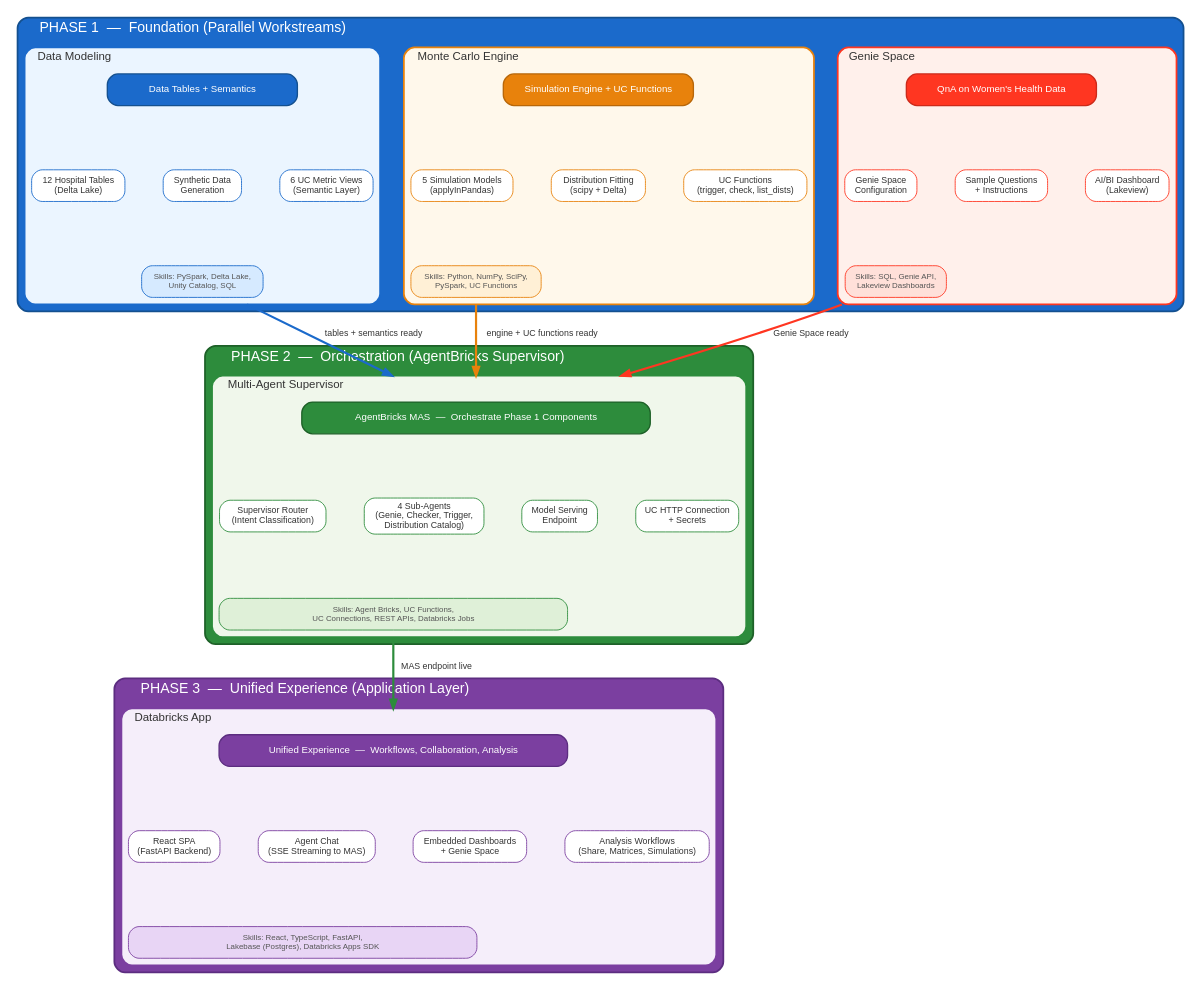
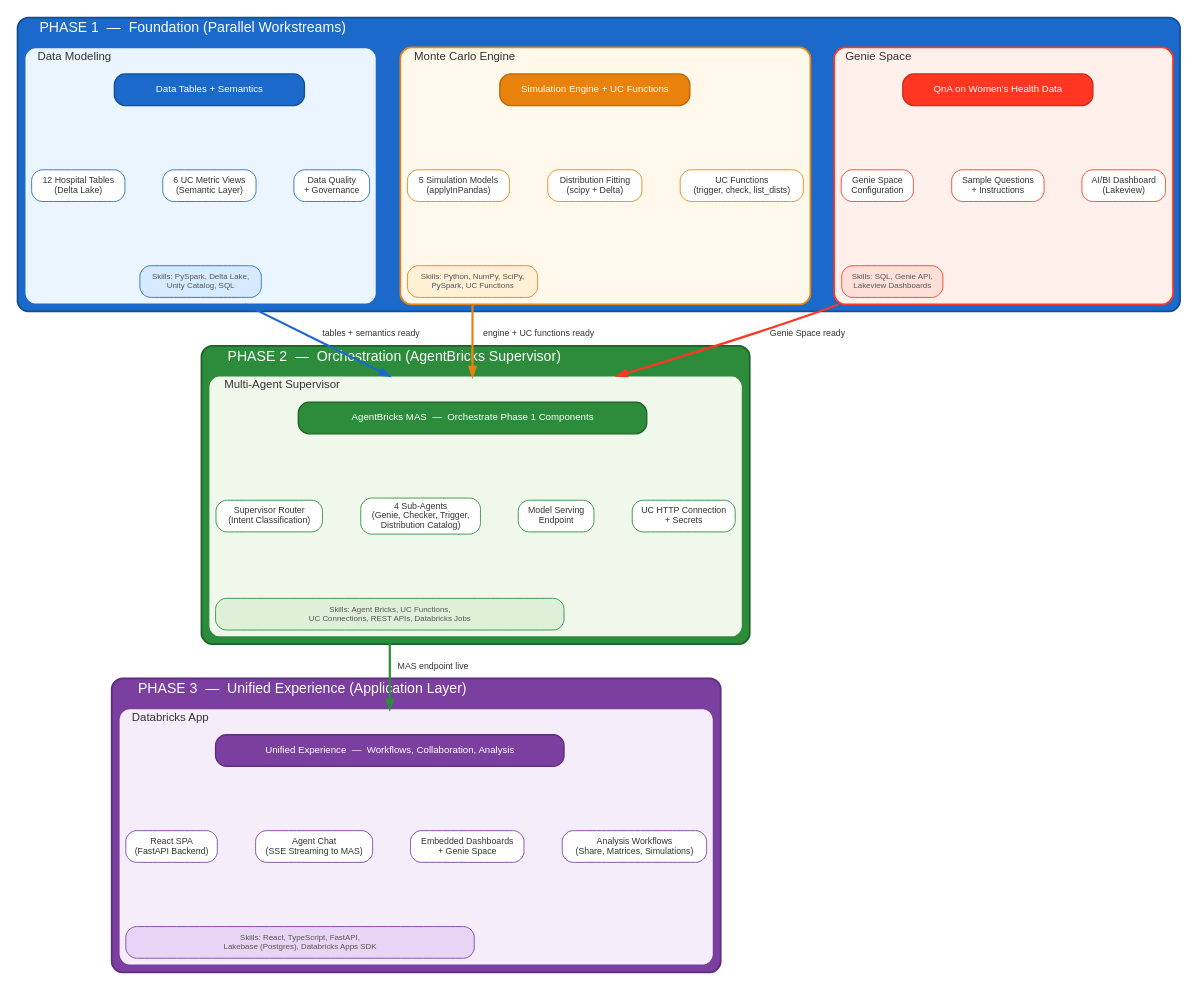
Before and after one commit to marcjimz/monte-carlo-supervisor: the diagram in docs/diagrams/team_workstreams.dot, drawn with Graphviz. The commit also changed 2 other files, not shown here.

Commit message:
docs: remove synthetic data generation from workstreams, add data quality

```diff
--- a/docs/diagrams/team_workstreams.dot
+++ b/docs/diagrams/team_workstreams.dot
@@ -40,8 +40,8 @@
             w1_header [label="Data Tables + Semantics", shape=box, style="filled,rounded", fillcolor="#1B6ACB", fontcolor="white", fontname="Helvetica", fontsize=11, color="#14508F", penwidth=1.5, width=3];
 
             w1_t1 [label="12 Hospital Tables\n(Delta Lake)", shape=box, style="filled,rounded", fillcolor="#FFFFFF", fontname="Helvetica", fontsize=10, fontcolor="#333333", color="#1B6ACB", penwidth=1];
-            w1_t2 [label="Synthetic Data\nGeneration", shape=box, style="filled,rounded", fillcolor="#FFFFFF", fontname="Helvetica", fontsize=10, fontcolor="#333333", color="#1B6ACB", penwidth=1];
-            w1_t3 [label="6 UC Metric Views\n(Semantic Layer)", shape=box, style="filled,rounded", fillcolor="#FFFFFF", fontname="Helvetica", fontsize=10, fontcolor="#333333", color="#1B6ACB", penwidth=1];
+            w1_t2 [label="6 UC Metric Views\n(Semantic Layer)", shape=box, style="filled,rounded", fillcolor="#FFFFFF", fontname="Helvetica", fontsize=10, fontcolor="#333333", color="#1B6ACB", penwidth=1];
+            w1_t3 [label="Data Quality\n+ Governance", shape=box, style="filled,rounded", fillcolor="#FFFFFF", fontname="Helvetica", fontsize=10, fontcolor="#333333", color="#1B6ACB", penwidth=1];
 
             w1_skills [label="Skills: PySpark, Delta Lake,\nUnity Catalog, SQL", shape=box, style="filled,rounded", fillcolor="#D6EAFF", fontname="Helvetica", fontsize=9, fontcolor="#555555", color="#1B6ACB", penwidth=1];
 
```
